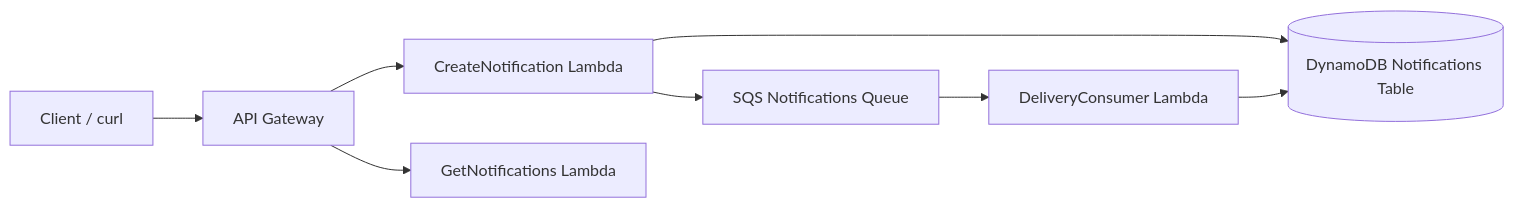
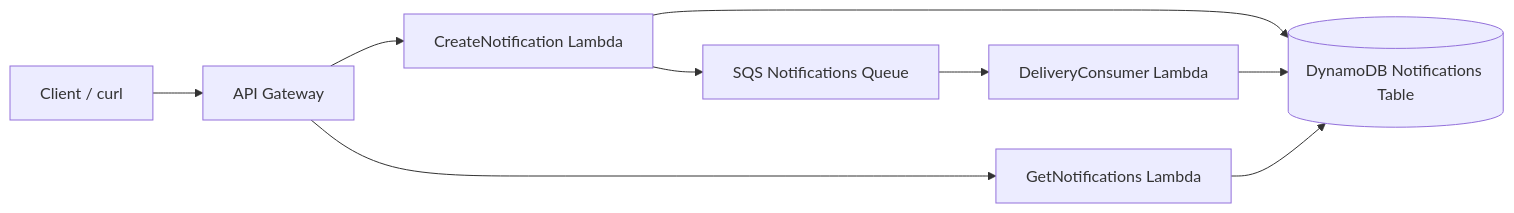
Before and after one commit to AllysonBergeron/hogwarts-notifications-service: the diagram in README.md, drawn with Mermaid.

Commit message:
Added one missing relation in mermaid diagram

````diff
--- a/README.md
+++ b/README.md
@@ -68,13 +68,14 @@
 ```mermaid
 flowchart LR
-    Client[Client / curl] --> APIGW[API Gateway]
+    Client[Client / curl] --> APIGW[API Gateway]
 
-    APIGW --> POSTLambda[CreateNotification Lambda]
-    APIGW --> GETLambda[GetNotifications Lambda]
+    APIGW --> POSTLambda[CreateNotification Lambda]
+    APIGW --> GETLambda[GetNotifications Lambda]
 
-    POSTLambda --> DDB[(DynamoDB Notifications Table)]
-    POSTLambda --> SQS[SQS Notifications Queue]
+    POSTLambda --> DDB[(DynamoDB Notifications Table)]
+    GETLambda --> DDB
 
-    SQS --> Consumer[DeliveryConsumer Lambda]
-    Consumer --> DDB
+    POSTLambda --> SQS[SQS Notifications Queue]
+    SQS --> Consumer[DeliveryConsumer Lambda]
+    Consumer --> DDB
 ```
````
